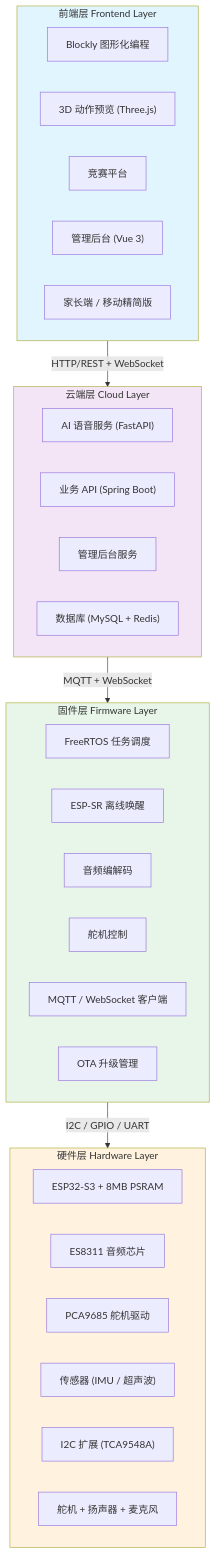
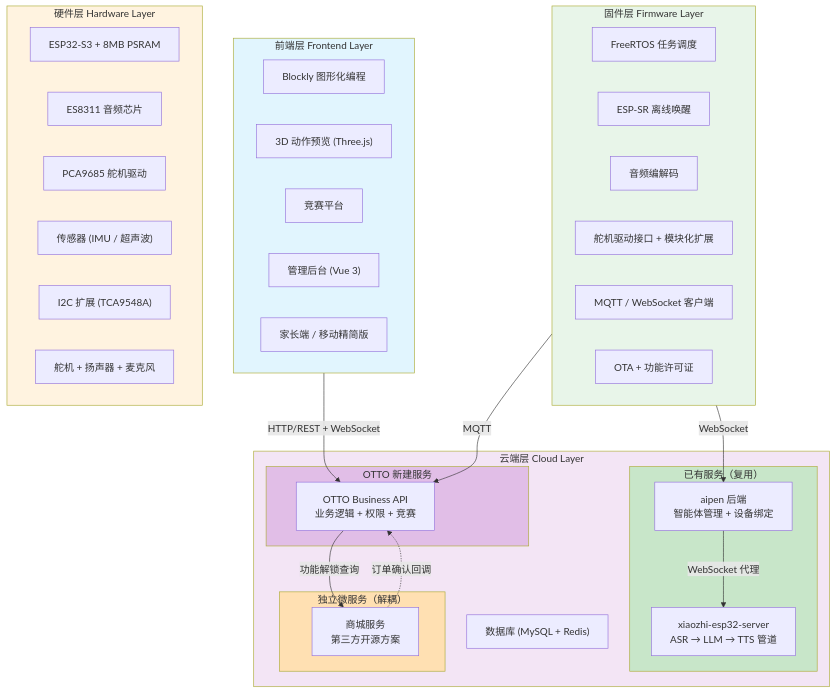
One commit to flybear16/otto123 changed the first of 6 diagrams in system/01-系统架构总览.md. Above: the diagram before and after it, drawn with Mermaid. The commit also changed other lines of this file and 12 other files, not shown here.

````diff
--- a/system/01-系统架构总览.md
+++ b/system/01-系统架构总览.md
@@ -30,44 +30,57 @@
 ```mermaid
 graph TB
     subgraph FL["前端层 Frontend Layer"]
         FL1["Blockly 图形化编程"]
         FL2["3D 动作预览 (Three.js)"]
         FL3["竞赛平台"]
         FL4["管理后台 (Vue 3)"]
         FL5["家长端 / 移动精简版"]
     end
 
     subgraph CL["云端层 Cloud Layer"]
-        CL1["AI 语音服务 (FastAPI)"]
-        CL2["业务 API (Spring Boot)"]
-        CL3["管理后台服务"]
+        subgraph CL_A["已有服务（复用）"]
+            AIPEN["aipen 后端<br/>智能体管理 + 设备绑定"]
+            XIAOZHI["xiaozhi-esp32-server<br/>ASR → LLM → TTS 管道"]
+        end
+        subgraph CL_N["OTTO 新建服务"]
+            BIZ["OTTO Business API<br/>业务逻辑 + 权限 + 竞赛"]
+        end
+        subgraph CL_S["独立微服务（解耦）"]
+            SHOP["商城服务<br/>第三方开源方案"]
+        end
         CL4["数据库 (MySQL + Redis)"]
     end
 
     subgraph FWL["固件层 Firmware Layer"]
         FW1["FreeRTOS 任务调度"]
         FW2["ESP-SR 离线唤醒"]
         FW3["音频编解码"]
-        FW4["舵机控制"]
+        FW4["舵机驱动接口 + 模块化扩展"]
         FW5["MQTT / WebSocket 客户端"]
-        FW6["OTA 升级管理"]
+        FW6["OTA + 功能许可证"]
     end
 
     subgraph HL["硬件层 Hardware Layer"]
         HL1["ESP32-S3 + 8MB PSRAM"]
         HL2["ES8311 音频芯片"]
         HL3["PCA9685 舵机驱动"]
         HL4["传感器 (IMU / 超声波)"]
         HL5["I2C 扩展 (TCA9548A)"]
         HL6["舵机 + 扬声器 + 麦克风"]
     end
 
-    FL -->|"HTTP/REST + WebSocket"| CL
-    CL -->|"MQTT + WebSocket"| FWL
-    FWL -->|"I2C / GPIO / UART"| HL
+    FL -->|"HTTP/REST + WebSocket"| BIZ
+    AIPEN -->|"WebSocket 代理"| XIAOZHI
+    FWL -->|"WebSocket"| AIPEN
+    FWL -->|"MQTT"| BIZ
+    BIZ -->|"功能解锁查询"| SHOP
+    SHOP -.->|"订单确认回调"| BIZ
 
     style FL fill:#e1f5fe
     style CL fill:#f3e5f5
     style FWL fill:#e8f5e9
     style HL fill:#fff3e0
+    style CL_A fill:#c8e6c9
+    style CL_N fill:#e1bee7
+    style CL_S fill:#ffe0b2
 ```
````
